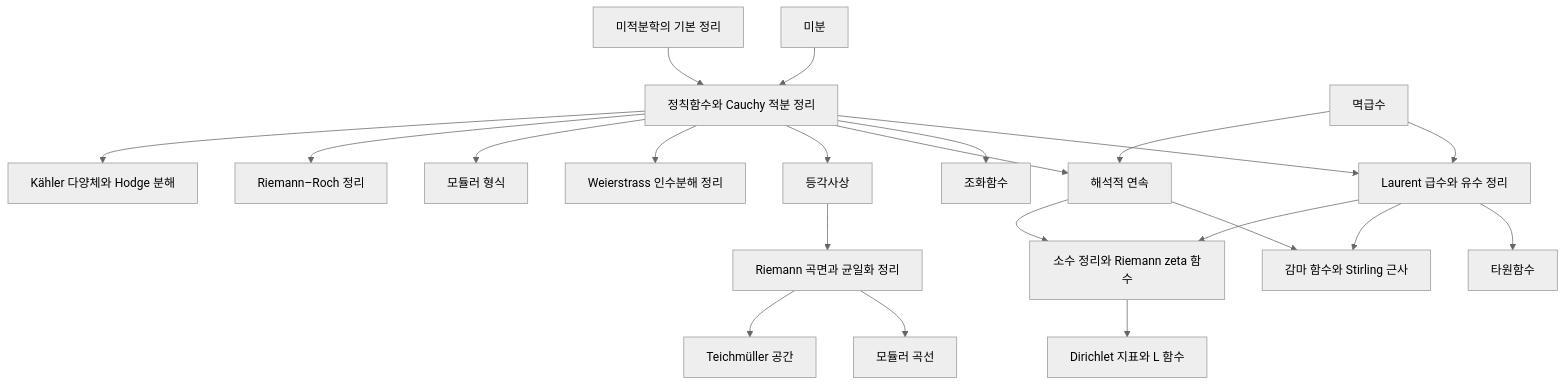
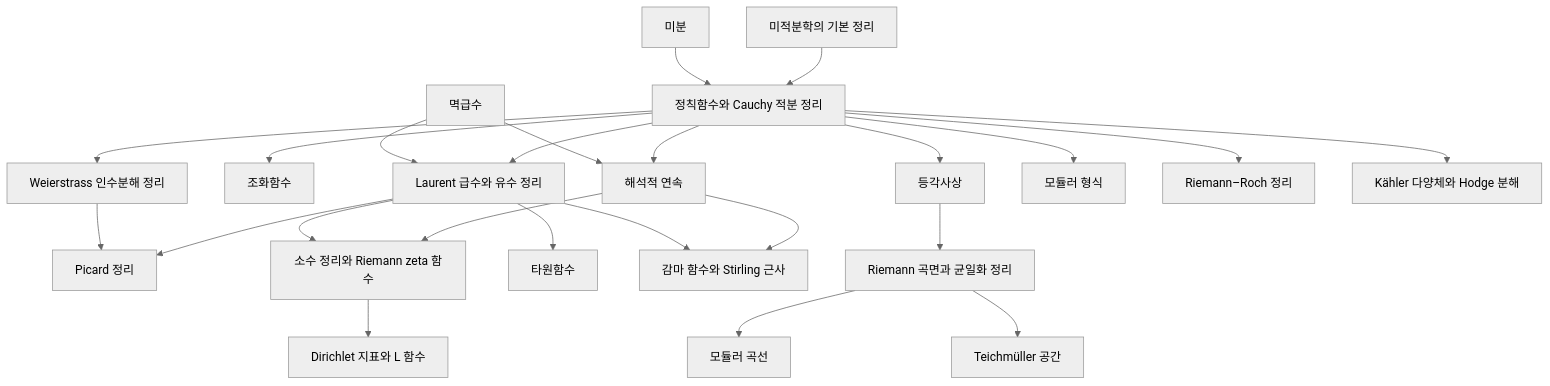
One commit to Phryxia/math-map changed the diagram in docs/complex-analysis-overview.md. Above: the diagram before and after it, drawn with Mermaid (neutral theme). The commit also changed other lines of this file and 4 other files, not shown here.

````diff
--- a/docs/complex-analysis-overview.md
+++ b/docs/complex-analysis-overview.md
@@ -13,24 +13,26 @@
 ```mermaid
 graph TD
   DV["미분"] --> HF["정칙함수와 Cauchy 적분 정리"]
   FC["미적분학의 기본 정리"] --> HF
   PS["멱급수"] --> RT["Laurent 급수와 유수 정리"]
   HF --> RT
   HF --> HM["조화함수"]
   PS --> AC["해석적 연속"]
   HF --> AC
   HF --> CM["등각사상"]
   HF --> WF["Weierstrass 인수분해 정리"]
+  WF --> PC["Picard 정리"]
+  RT --> PC
   CM --> RS["Riemann 곡면과 균일화 정리"]
   RS --> MC["모듈러 곡선"]
   RS --> TS["Teichmüller 공간"]
   RT --> EF["타원함수"]
   RT --> GF["감마 함수와 Stirling 근사"]
   AC --> GF
   RT --> PNT["소수 정리와 Riemann zeta 함수"]
   AC --> PNT
   PNT --> DL["Dirichlet 지표와 L 함수"]
   HF --> MF["모듈러 형식"]
   HF --> RR["Riemann–Roch 정리"]
   HF --> KM["Kähler 다양체와 Hodge 분해"]
 ```
````
